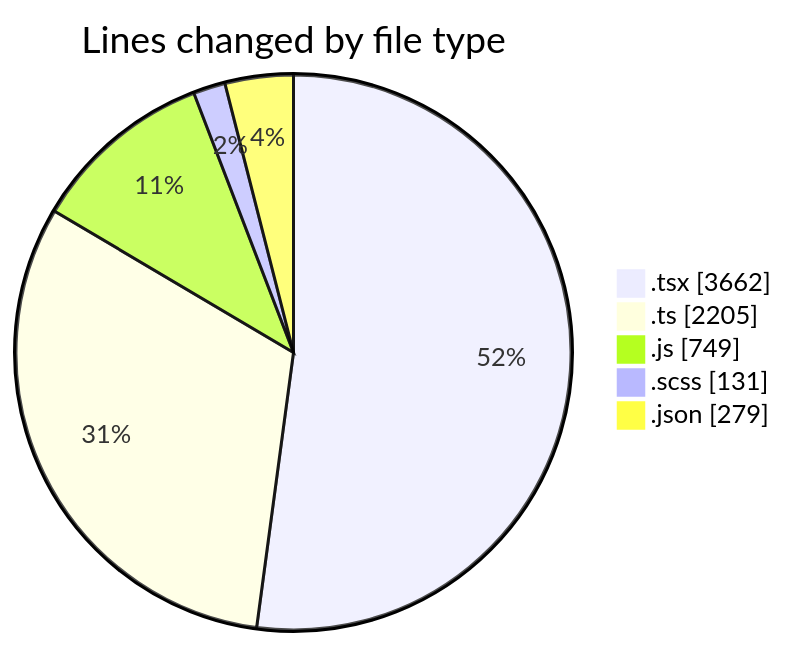
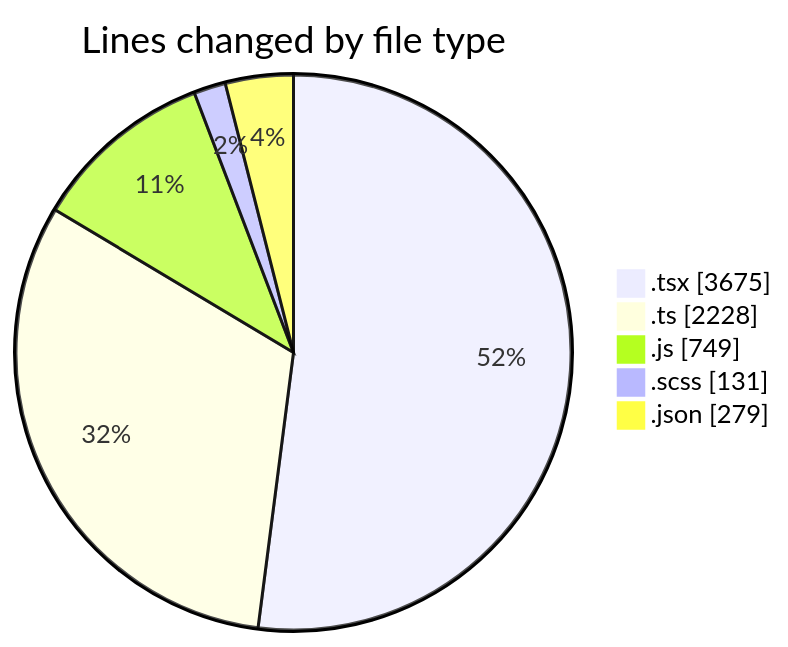
Before and after one commit to momahboobian/code-tracking: the first of 2 diagrams in 2026-06-11/cda/README.md, drawn with Mermaid. The commit also changed other lines of this file and 1 other file, not shown here.

````diff
--- a/2026-06-11/cda/README.md
+++ b/2026-06-11/cda/README.md
@@ -59,9 +59,9 @@
 ```mermaid
 pie showData
 title Lines changed by file type
-".tsx" : 3662
-".ts" : 2205
+".tsx" : 3675
+".ts" : 2228
 ".js" : 749
 ".scss" : 131
 ".json" : 279
 ```
````
